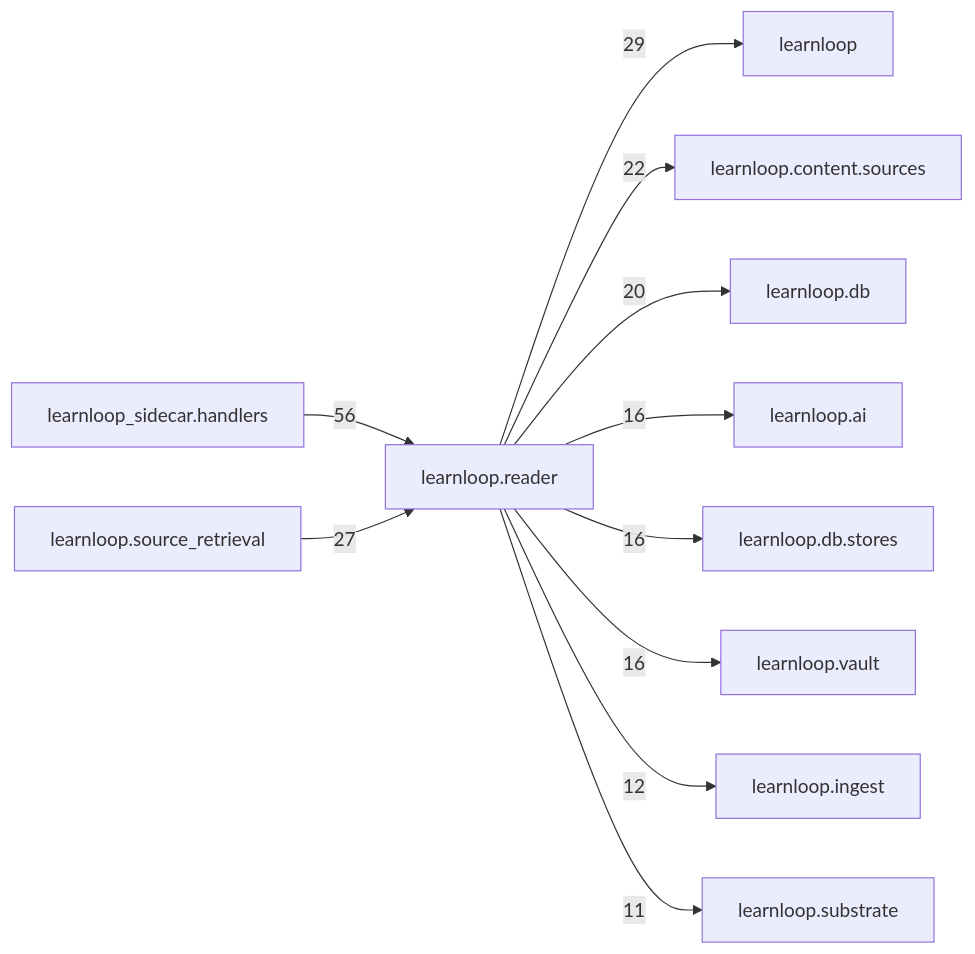
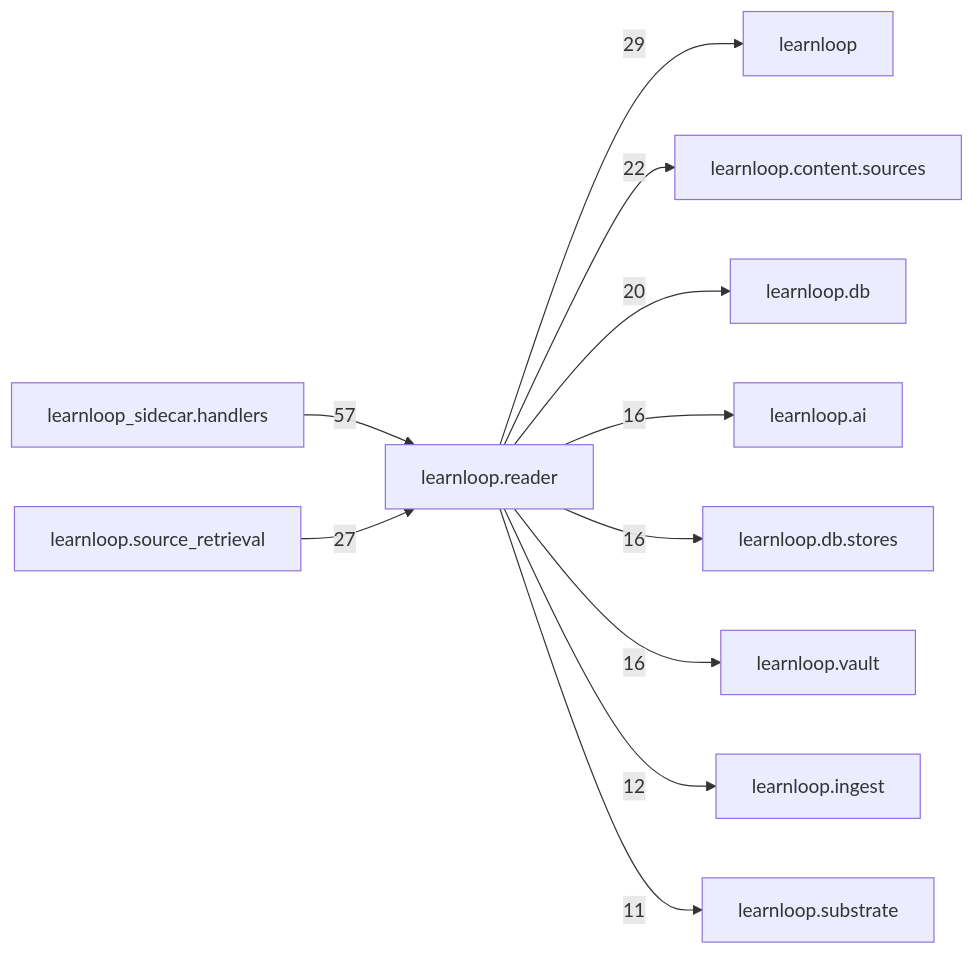
The diagram in docs/learnloop-architecture-vault/Reference/Modules/learnloop/reader/_package.md (6up-b/learnanything), drawn with Mermaid before and after one commit. The commit also changed other lines of this file and 56 other files, not shown here.

````diff
--- a/docs/learnloop-architecture-vault/Reference/Modules/learnloop/reader/_package.md
+++ b/docs/learnloop-architecture-vault/Reference/Modules/learnloop/reader/_package.md
@@ -162,24 +162,24 @@
 ```mermaid
 flowchart LR
     center["learnloop.reader"]
     n_learnloop_sidecar_handlers["learnloop_sidecar.handlers"]
     n_learnloop["learnloop"]
     n_learnloop_source_retrieval["learnloop.source_retrieval"]
     n_learnloop_content_sources["learnloop.content.sources"]
     n_learnloop_db["learnloop.db"]
     n_learnloop_ai["learnloop.ai"]
     n_learnloop_db_stores["learnloop.db.stores"]
     n_learnloop_vault["learnloop.vault"]
     n_learnloop_ingest["learnloop.ingest"]
     n_learnloop_substrate["learnloop.substrate"]
-    n_learnloop_sidecar_handlers -->|56| center
+    n_learnloop_sidecar_handlers -->|57| center
     center -->|29| n_learnloop
     n_learnloop_source_retrieval -->|27| center
     center -->|22| n_learnloop_content_sources
     center -->|20| n_learnloop_db
     center -->|16| n_learnloop_ai
     center -->|16| n_learnloop_db_stores
     center -->|16| n_learnloop_vault
     center -->|12| n_learnloop_ingest
     center -->|11| n_learnloop_substrate
 ```
````
